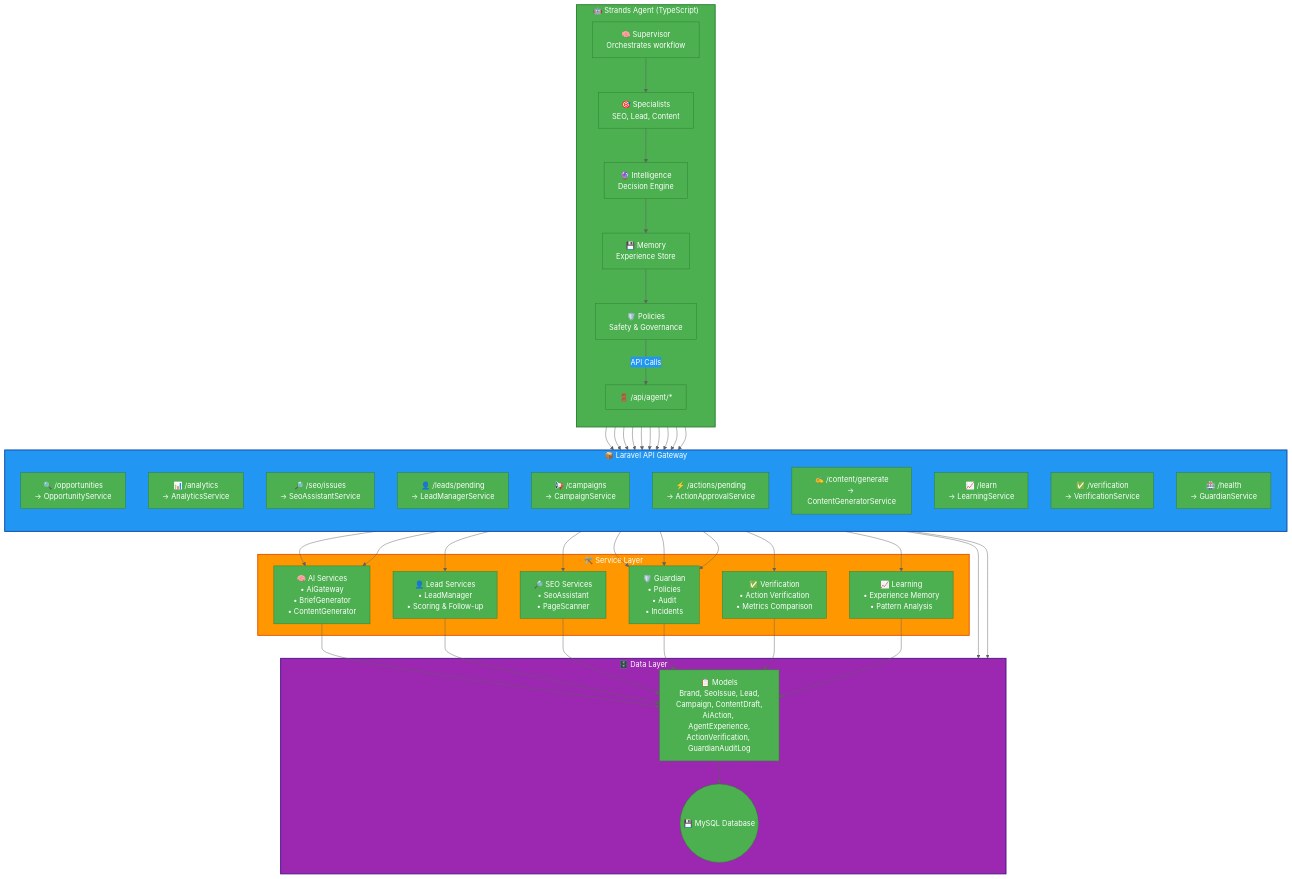
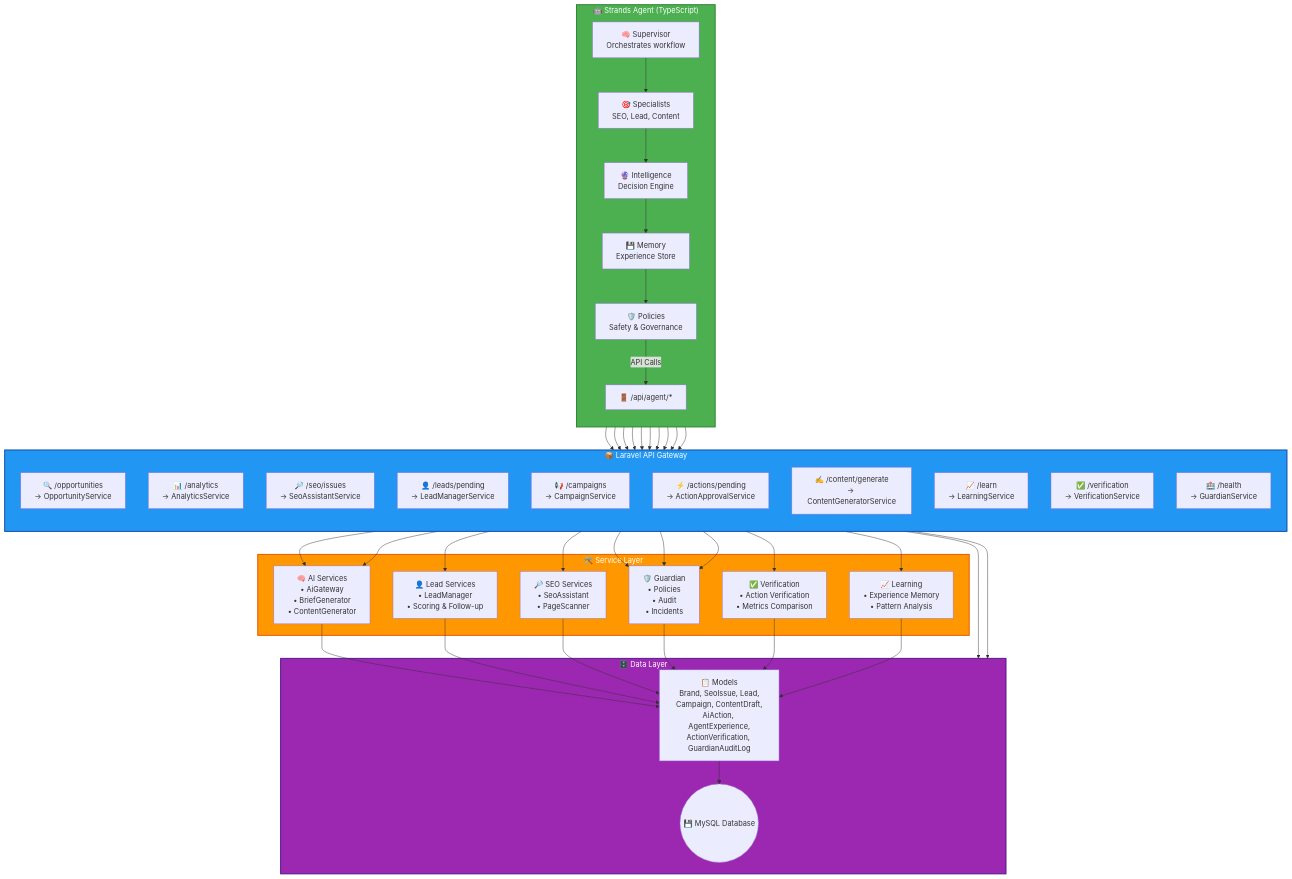
The second of 3 diagrams in README.md (Dante-VIQ/marketting-app), drawn with Mermaid before and after one commit.

Commit message:
removing colors for graphs

````diff
--- a/README.md
+++ b/README.md
@@ -97,73 +97,73 @@
 ```mermaid
-%%{init: {'theme': 'base', 'themeVariables': { 'primaryColor': '#4CAF50', 'primaryTextColor': '#fff', 'primaryBorderColor': '#2E7D32', 'lineColor': '#616161', 'secondaryColor': '#2196F3', 'tertiaryColor': '#FF9800'}}}%%
+
 graph TB
     subgraph Agent["🤖 Strands Agent (TypeScript)"]
         direction TB
         Supervisor["🧠 Supervisor\nOrchestrates workflow"]
         Specialists["🎯 Specialists\nSEO, Lead, Content"]
         Intelligence["🔮 Intelligence\nDecision Engine"]
         Memory["💾 Memory\nExperience Store"]
         Policies["🛡️ Policies\nSafety & Governance"]
 
         Supervisor --> Specialists
         Specialists --> Intelligence
         Intelligence --> Memory
         Memory --> Policies
         Policies -->|"API Calls"| Gateway
     end
 
     subgraph Laravel["📦 Laravel API Gateway"]
         direction TB
         Gateway["🚪 /api/agent/*"]
 
         Gateway --> Opportunities["🔍 /opportunities\n→ OpportunityService"]
         Gateway --> Analytics["📊 /analytics\n→ AnalyticsService"]
         Gateway --> SEO["🔎 /seo/issues\n→ SeoAssistantService"]
         Gateway --> Leads["👤 /leads/pending\n→ LeadManagerService"]
         Gateway --> Campaigns["📢 /campaigns\n→ CampaignService"]
         Gateway --> Actions["⚡ /actions/pending\n→ ActionApprovalService"]
         Gateway --> Content["✍️ /content/generate\n→ ContentGeneratorService"]
         Gateway --> Learn["📈 /learn\n→ LearningService"]
         Gateway --> Verify["✅ /verification\n→ VerificationService"]
         Gateway --> Health["🏥 /health\n→ GuardianService"]
     end
 
     subgraph Services["🛠️ Service Layer"]
         AI["🧠 AI Services\n• AiGateway\n• BriefGenerator\n• ContentGenerator"]
         Lead["👤 Lead Services\n• LeadManager\n• Scoring & Follow-up"]
         SEO_Svc["🔎 SEO Services\n• SeoAssistant\n• PageScanner"]
         Guardian["🛡️ Guardian\n• Policies\n• Audit\n• Incidents"]
         Verification["✅ Verification\n• Action Verification\n• Metrics Comparison"]
         Learning["📈 Learning\n• Experience Memory\n• Pattern Analysis"]
     end
 
     subgraph Data["🗄️ Data Layer"]
         Models["📋 Models\nBrand, SeoIssue, Lead,\nCampaign, ContentDraft,\nAiAction, AgentExperience,\nActionVerification, GuardianAuditLog"]
         DB(("💾 MySQL Database"))
     end
 
     Opportunities --> AI
     Opportunities --> Guardian
     Analytics --> Data
     SEO --> SEO_Svc
     Leads --> Lead
     Campaigns --> Data
     Actions --> Guardian
     Content --> AI
     Learn --> Learning
     Verify --> Verification
     Health --> Guardian
 
     AI --> Models
     Lead --> Models
     SEO_Svc --> Models
     Guardian --> Models
     Verification --> Models
     Learning --> Models
     Models --> DB
 
     style Agent fill:#4CAF50,color:#fff,stroke:#2E7D32,stroke-width:2px
     style Laravel fill:#2196F3,color:#fff,stroke:#0D47A1,stroke-width:2px
     style Services fill:#FF9800,color:#fff,stroke:#E65100,stroke-width:2px
     style Data fill:#9C27B0,color:#fff,stroke:#4A148C,stroke-width:2px
 ```
````
